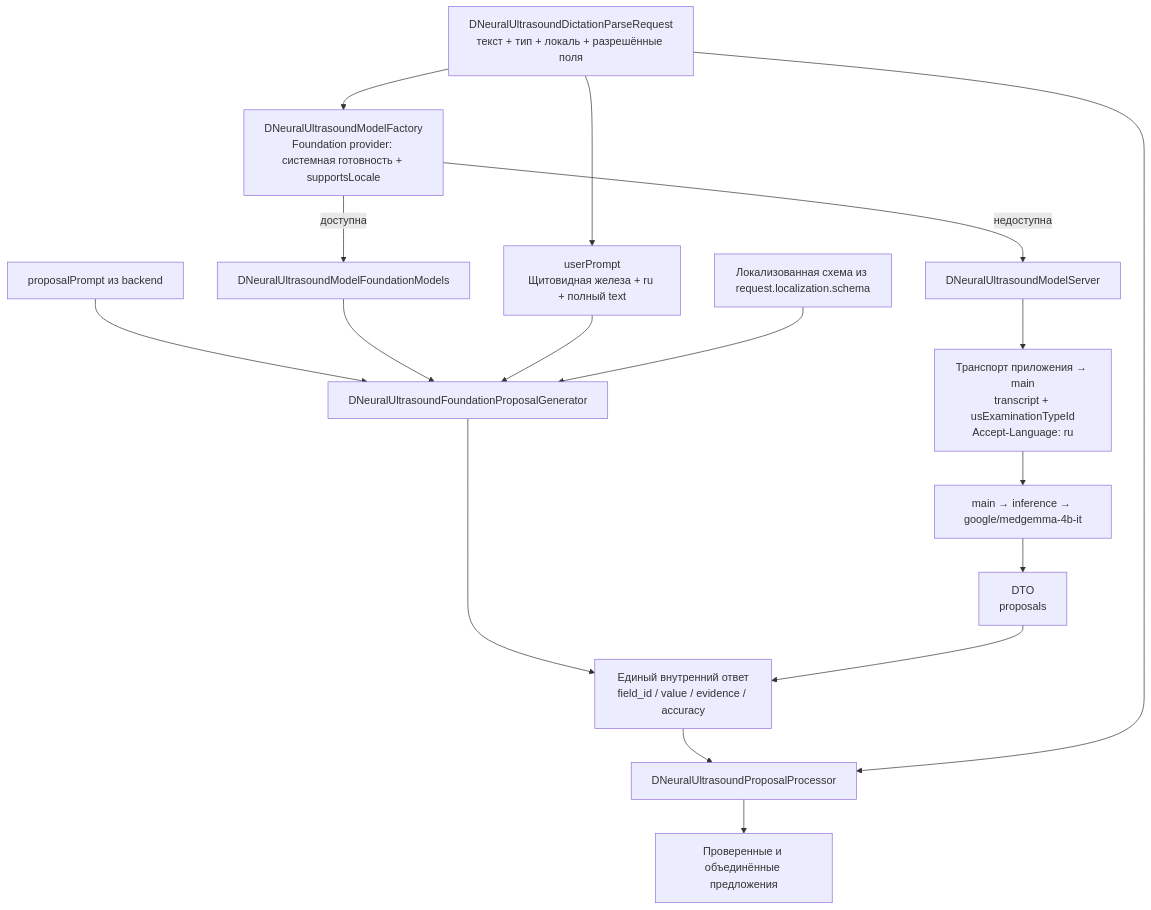
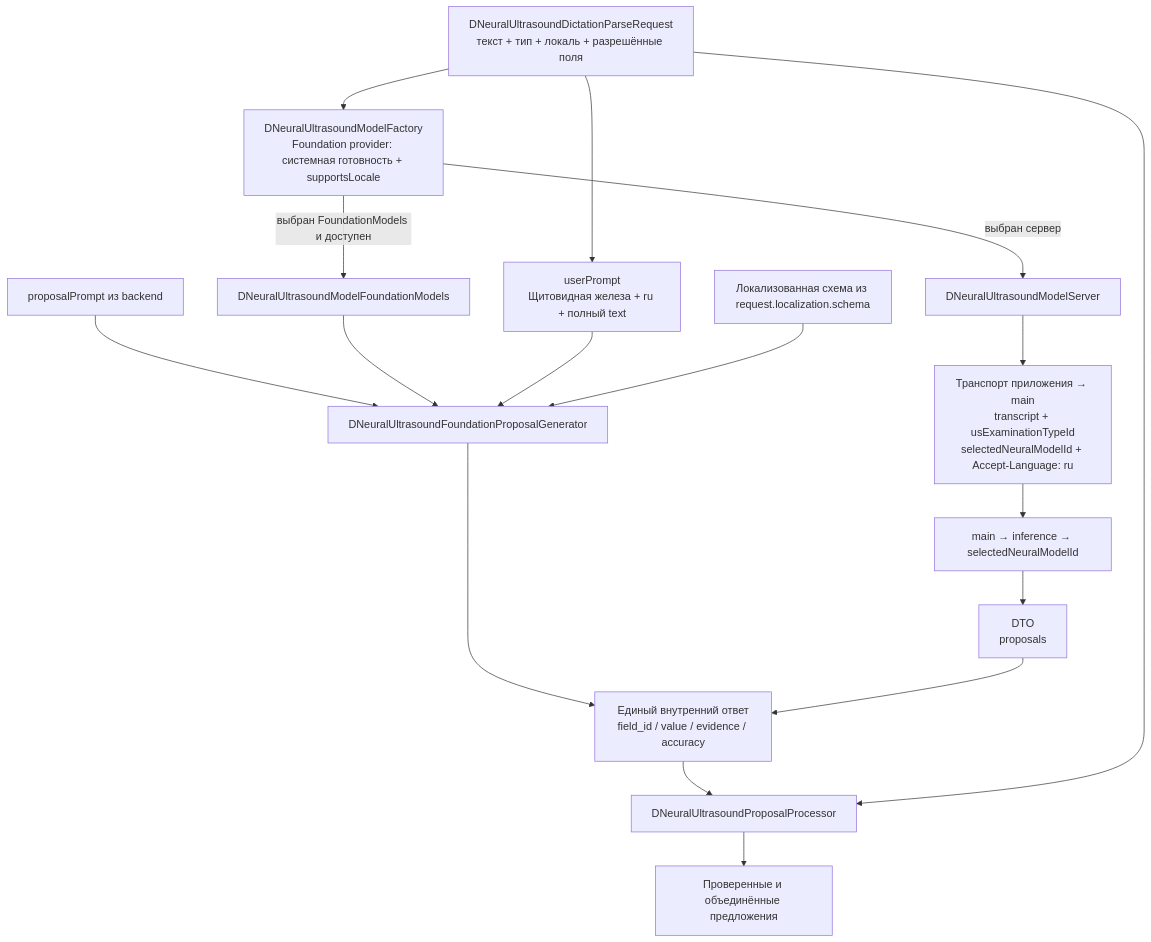
The fourth of 8 diagrams in ios/DoglyadNeuralModel/README.md (ivangalkindeveloper/DoglyadAI), drawn with Mermaid before and after one commit. The commit also changed other lines of this file and 214 other files, not shown here.

````diff
--- a/ios/DoglyadNeuralModel/README.md
+++ b/ios/DoglyadNeuralModel/README.md
@@ -157,19 +164,19 @@
 ```mermaid
 flowchart TD
     Request["DNeuralUltrasoundDictationParseRequest<br/>текст + тип + локаль + разрешённые поля"] --> Check["DNeuralUltrasoundModelFactory<br/>Foundation provider: системная готовность + supportsLocale"]
-    Check -->|"доступна"| FM[DNeuralUltrasoundModelFoundationModels]
+    Check -->|"выбран FoundationModels и доступен"| FM[DNeuralUltrasoundModelFoundationModels]
     Instructions["proposalPrompt из backend"] --> Generator[DNeuralUltrasoundFoundationProposalGenerator]
     FM --> Generator
     Request --> Wrapper["userPrompt<br/>Щитовидная железа + ru + полный text"]
     Wrapper --> Generator
     Schema[Локализованная схема из request.localization.schema] --> Generator
-    Check -->|"недоступна"| Server[DNeuralUltrasoundModelServer]
-    Server --> HTTP["Транспорт приложения → main<br/>transcript + usExaminationTypeId<br/>Accept-Language: ru"]
-    HTTP --> GPU[main → inference → google/medgemma-4b-it]
+    Check -->|"выбран сервер"| Server[DNeuralUltrasoundModelServer]
+    Server --> HTTP["Транспорт приложения → main<br/>transcript + usExaminationTypeId<br/>selectedNeuralModelId + Accept-Language: ru"]
+    HTTP --> GPU[main → inference → selectedNeuralModelId]
     Generator --> Raw["Единый внутренний ответ<br/>field_id / value / evidence / accuracy"]
     GPU --> DTO["DTO<br/>proposals"]
     DTO --> Raw
     Raw --> Processor[DNeuralUltrasoundProposalProcessor]
     Request --> Processor
     Processor --> Result[Проверенные и объединённые предложения]
 ```
````
